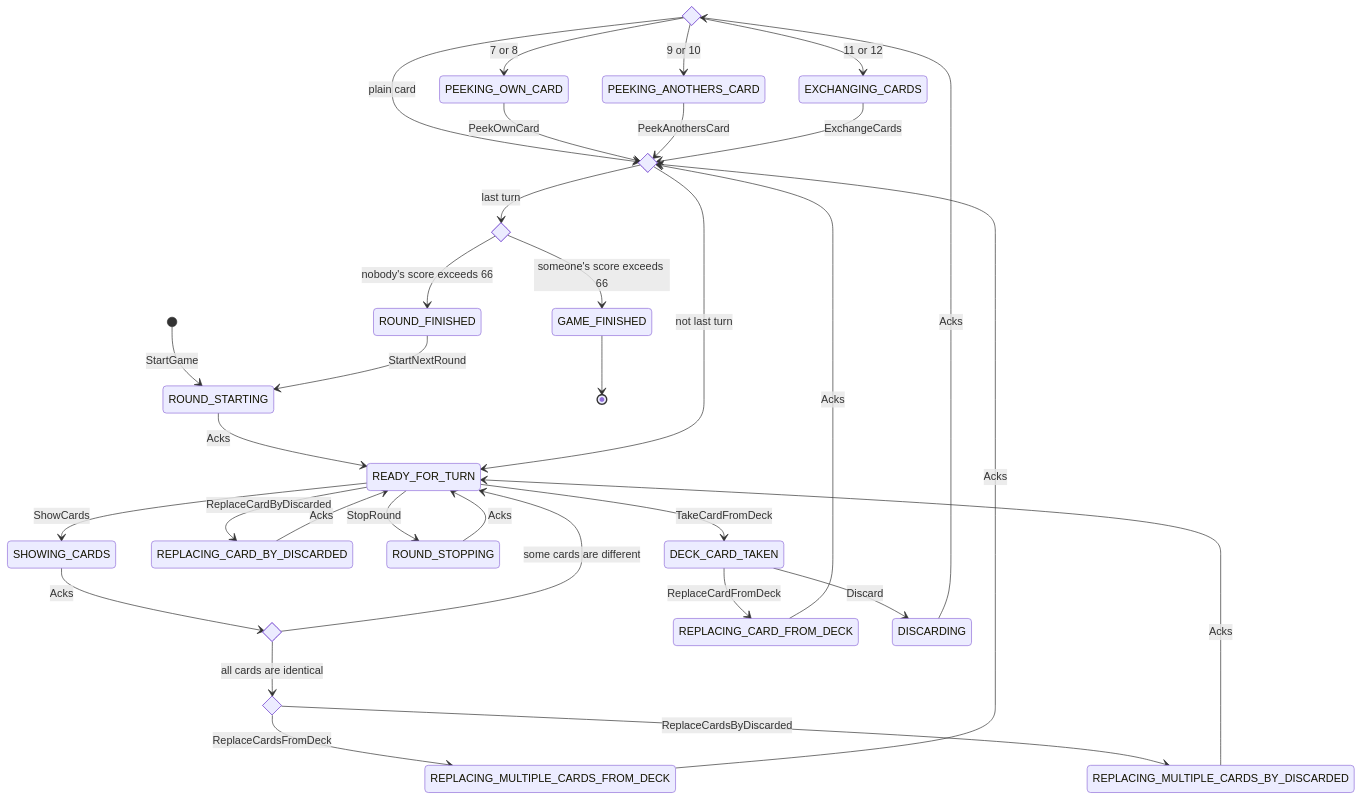
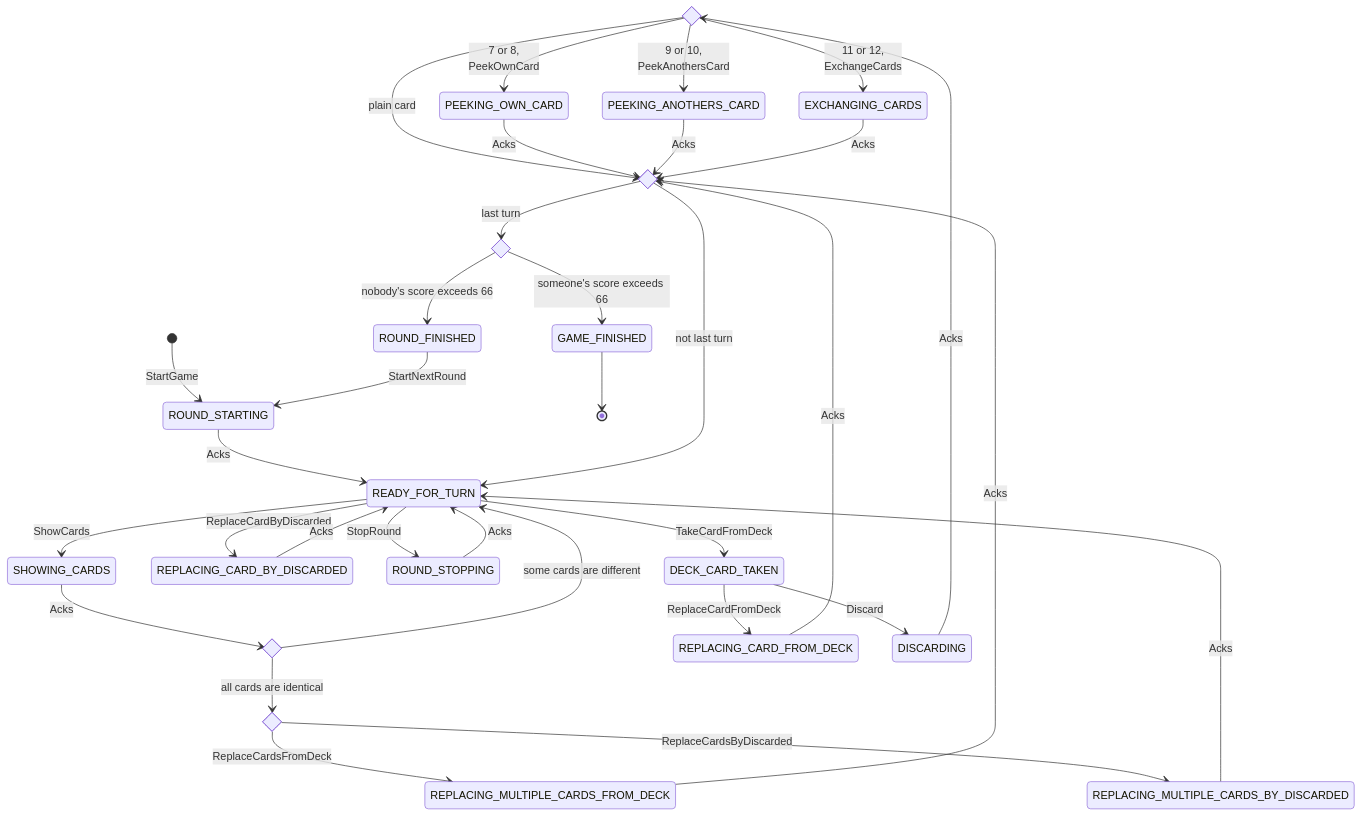
One commit to roman-zubarevich/another changed the first of 17 diagrams in README.md. Above: the diagram before and after it, drawn with Mermaid.

Commit message:
adjust readme

````diff
--- a/README.md
+++ b/README.md
@@ -7,40 +7,40 @@
 ```mermaid
 stateDiagram-v2
     state discarded <<choice>>
     state comparing_cards <<choice>>
     state replacing_cards <<choice>>
     state turn_done <<choice>>
     state round_done <<choice>>
     [*] --> ROUND_STARTING: StartGame
     ROUND_STARTING --> READY_FOR_TURN: Acks
     READY_FOR_TURN --> DECK_CARD_TAKEN: TakeCardFromDeck
     READY_FOR_TURN --> REPLACING_CARD_BY_DISCARDED: ReplaceCardByDiscarded
     READY_FOR_TURN --> ROUND_STOPPING: StopRound
     READY_FOR_TURN --> SHOWING_CARDS: ShowCards
     SHOWING_CARDS --> comparing_cards: Acks
     comparing_cards --> READY_FOR_TURN: some cards are different
     comparing_cards --> replacing_cards: all cards are identical
     replacing_cards --> REPLACING_MULTIPLE_CARDS_FROM_DECK: ReplaceCardsFromDeck
     replacing_cards --> REPLACING_MULTIPLE_CARDS_BY_DISCARDED: ReplaceCardsByDiscarded
     DECK_CARD_TAKEN --> REPLACING_CARD_FROM_DECK: ReplaceCardFromDeck
     REPLACING_CARD_FROM_DECK --> turn_done: Acks
     DECK_CARD_TAKEN --> DISCARDING: Discard
     DISCARDING --> discarded: Acks
     discarded --> turn_done: plain card
-    discarded --> PEEKING_OWN_CARD: 7 or 8
-    discarded --> PEEKING_ANOTHERS_CARD: 9 or 10
-    discarded --> EXCHANGING_CARDS: 11 or 12
+    discarded --> PEEKING_OWN_CARD: 7 or 8,<br/>PeekOwnCard
+    discarded --> PEEKING_ANOTHERS_CARD: 9 or 10,<br/>PeekAnothersCard
+    discarded --> EXCHANGING_CARDS: 11 or 12,<br/>ExchangeCards
     REPLACING_CARD_BY_DISCARDED --> READY_FOR_TURN: Acks
     REPLACING_MULTIPLE_CARDS_BY_DISCARDED --> READY_FOR_TURN: Acks
     ROUND_STOPPING --> READY_FOR_TURN: Acks
     REPLACING_MULTIPLE_CARDS_FROM_DECK --> turn_done: Acks
-    PEEKING_OWN_CARD --> turn_done: PeekOwnCard
-    PEEKING_ANOTHERS_CARD --> turn_done: PeekAnothersCard
-    EXCHANGING_CARDS --> turn_done: ExchangeCards
+    PEEKING_OWN_CARD --> turn_done: Acks
+    PEEKING_ANOTHERS_CARD --> turn_done: Acks
+    EXCHANGING_CARDS --> turn_done: Acks
     turn_done --> READY_FOR_TURN: not last turn
     turn_done --> round_done: last turn
     round_done --> ROUND_FINISHED: nobody's score exceeds 66
     round_done --> GAME_FINISHED: someone's score exceeds 66
     ROUND_FINISHED --> ROUND_STARTING: StartNextRound
     GAME_FINISHED --> [*]
 ```
````
